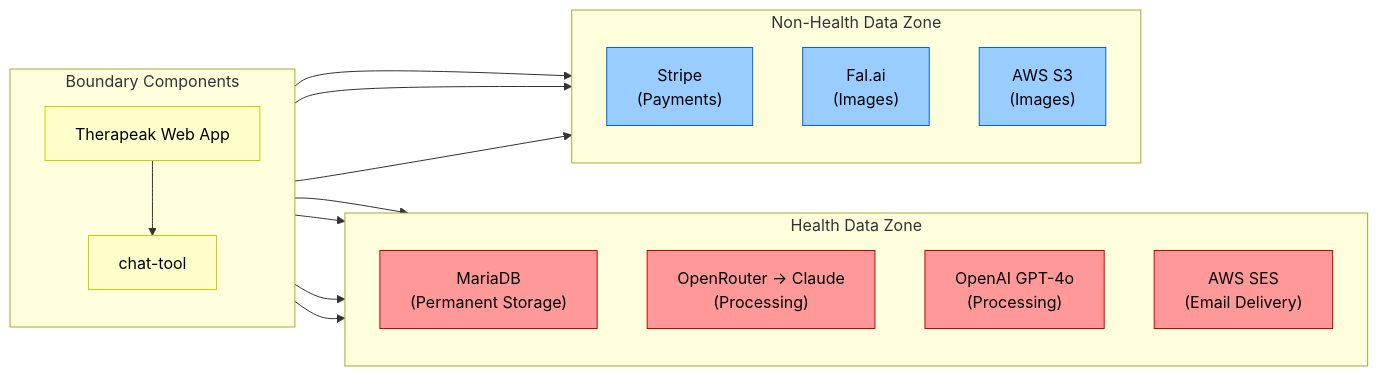
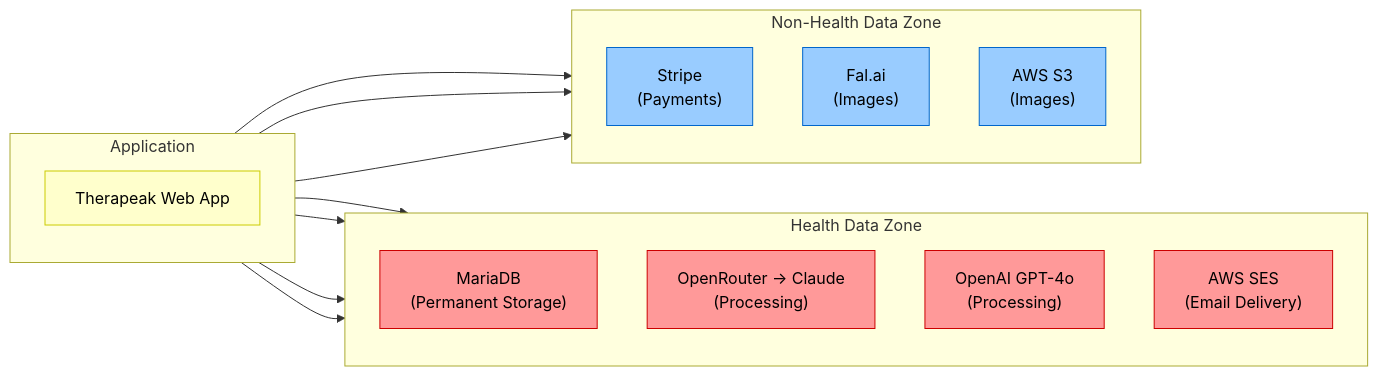
One commit to lauwersoft/therapeakqms changed the fourth of 4 diagrams in qms/documents/diagrams/software-architecture.md. Above: the diagram before and after it, drawn with Mermaid. The commit also changed other lines of this file and 6 other files, not shown here.

````diff
--- a/qms/documents/diagrams/software-architecture.md
+++ b/qms/documents/diagrams/software-architecture.md
@@ -208,40 +202,38 @@
 ```mermaid
 graph LR
     subgraph "Health Data Zone"
         direction TB
         DB["MariaDB<br/>(Permanent Storage)"]
         OR["OpenRouter → Claude<br/>(Processing)"]
         OA["OpenAI GPT-4o<br/>(Processing)"]
         SES["AWS SES<br/>(Email Delivery)"]
     end
 
     subgraph "Non-Health Data Zone"
         direction TB
         ST["Stripe<br/>(Payments)"]
         FA["Fal.ai<br/>(Images)"]
         S3["AWS S3<br/>(Images)"]
     end
 
-    subgraph "Boundary Components"
+    subgraph "Application"
         direction TB
         APP["Therapeak Web App"]
-        CT["chat-tool"]
     end
 
     APP --> DB
     APP --> OR
+    APP --> OA
     APP --> SES
-    APP --> CT
-    CT --> OA
     APP --> ST
     APP --> FA
     APP --> S3
 
     classDef health fill:#ff9999,stroke:#cc0000,color:#000
     classDef nonHealth fill:#99ccff,stroke:#0066cc,color:#000
     classDef boundary fill:#ffffcc,stroke:#cccc00,color:#000
 
     class DB,OR,OA,SES health
     class ST,FA,S3 nonHealth
-    class APP,CT boundary
+    class APP boundary
 ```
````
